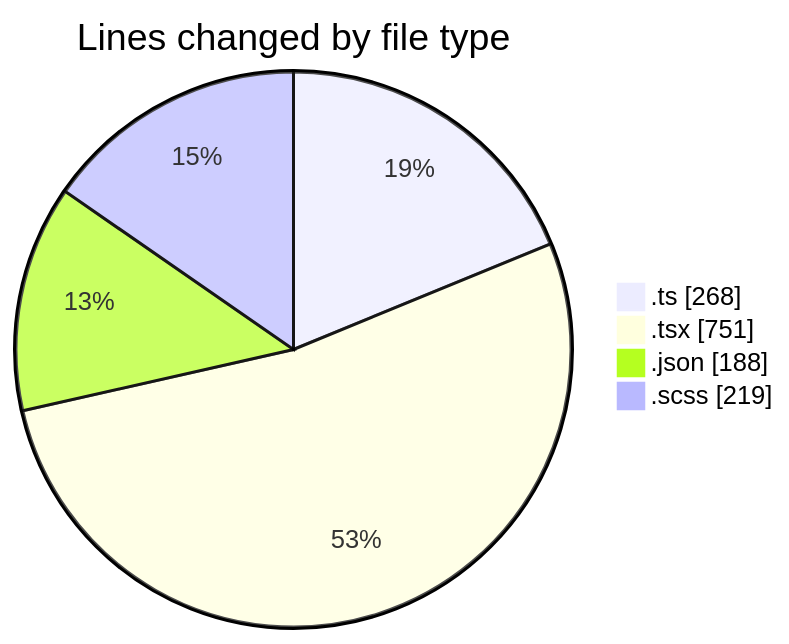
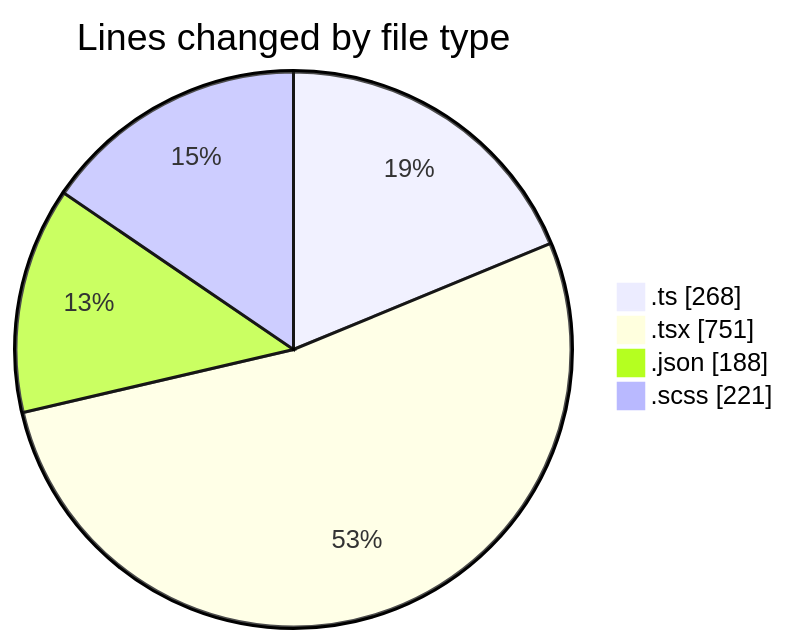
Before and after one commit to momahboobian/code-tracking: the first of 2 diagrams in 2026-05-07/cda/README.md, drawn with Mermaid. The commit also changed other lines of this file and 1 other file, not shown here.

````diff
--- a/2026-05-07/cda/README.md
+++ b/2026-05-07/cda/README.md
@@ -32,8 +32,8 @@
 ```mermaid
 pie showData
 title Lines changed by file type
 ".ts" : 268
 ".tsx" : 751
 ".json" : 188
-".scss" : 219
+".scss" : 221
 ```
````
